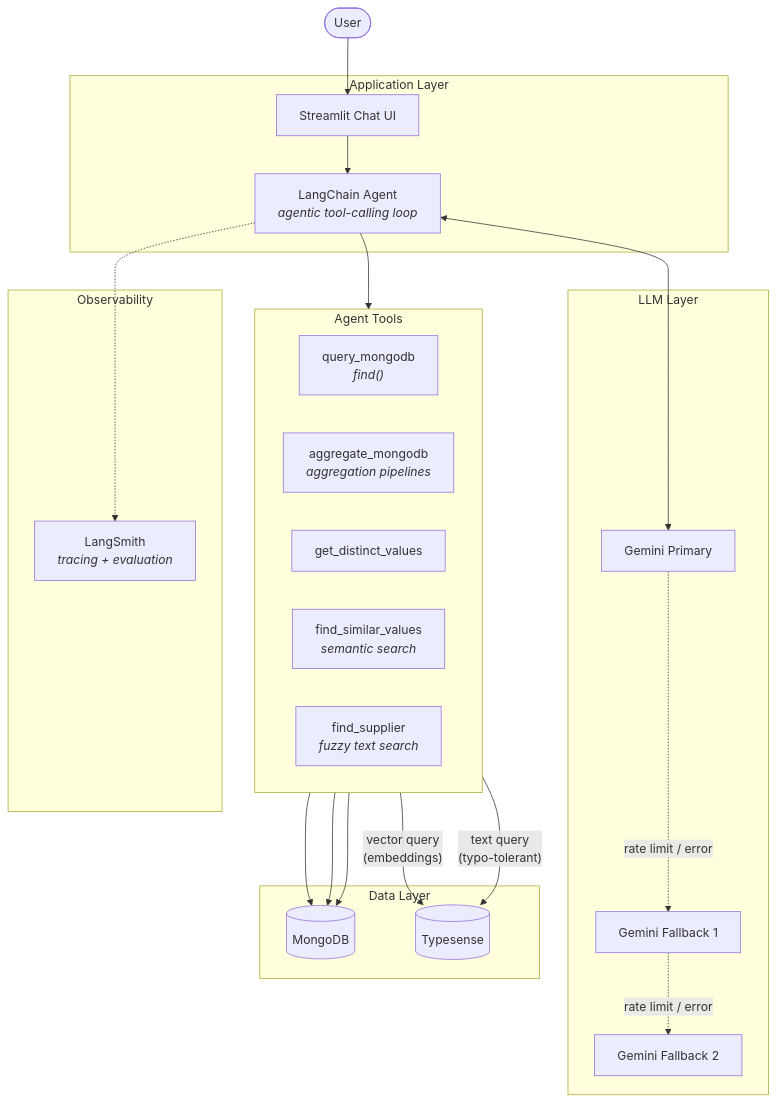
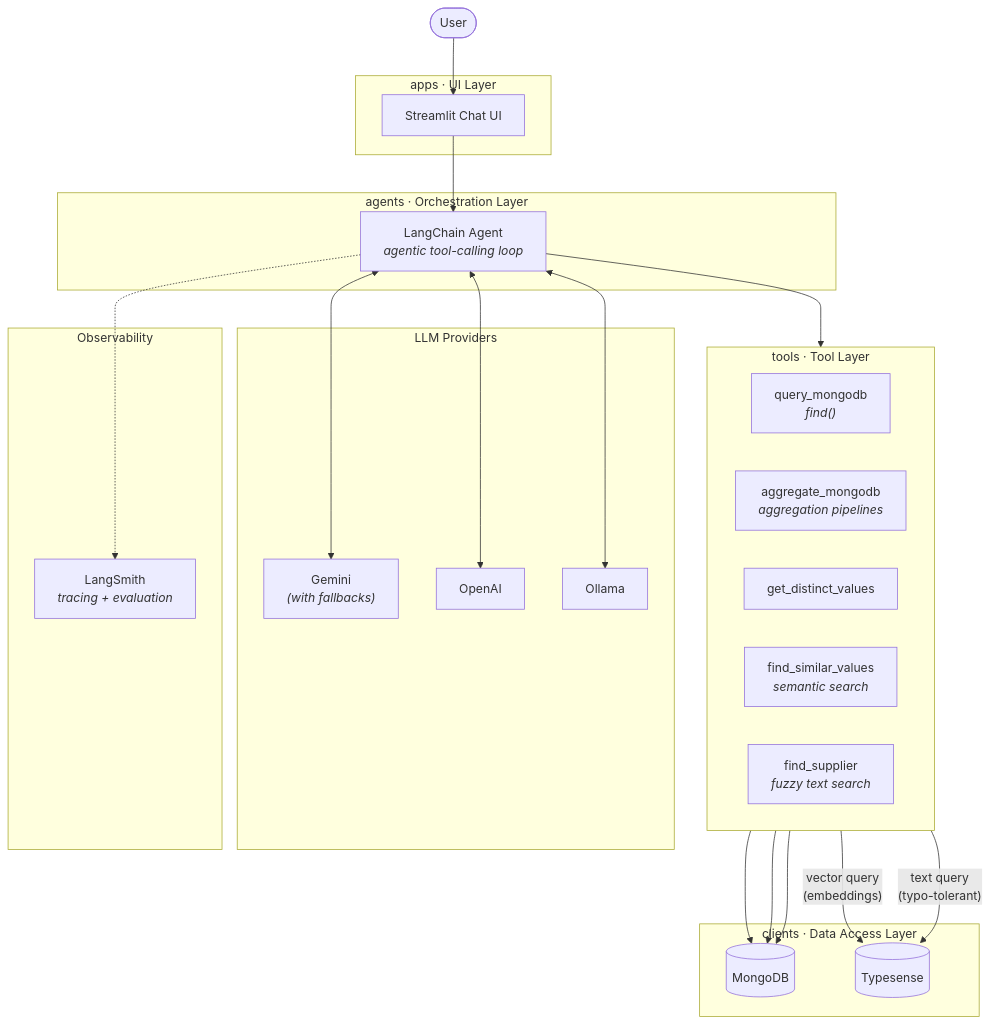
The diagram in README.md (aalbahem/ai-agents), drawn with Mermaid before and after one commit. The commit also changed other lines of this file, not shown here.

````diff
--- a/README.md
+++ b/README.md
@@ -90,46 +90,47 @@
 ```mermaid
 flowchart TB
     User([User]) --> Streamlit
 
-    subgraph App["Application Layer"]
+    subgraph Apps["apps · UI Layer"]
         Streamlit["Streamlit Chat UI"]
+    end
+
+    subgraph Agents["agents · Orchestration Layer"]
         Streamlit --> Agent
         Agent["LangChain Agent<br/><i>agentic tool-calling loop</i>"]
     end
 
-    subgraph LLM["LLM Layer"]
-        Primary["Gemini Primary"]
-        Fallback1["Gemini Fallback 1"]
-        Fallback2["Gemini Fallback 2"]
-        Primary -. "rate limit / error" .-> Fallback1
-        Fallback1 -. "rate limit / error" .-> Fallback2
+    subgraph LLM["LLM Providers"]
+        Gemini["Gemini<br/><i>(with fallbacks)</i>"]
+        OpenAI["OpenAI"]
+        Ollama["Ollama"]
     end
 
-    Agent <--> Primary
+    Agent <--> Gemini & OpenAI & Ollama
 
-    subgraph Tools["Agent Tools"]
+    subgraph Tools["tools · Tool Layer"]
         direction LR
         query_mongodb["query_mongodb<br/><i>find()</i>"]
         aggregate_mongodb["aggregate_mongodb<br/><i>aggregation pipelines</i>"]
         get_distinct["get_distinct_values"]
         find_similar["find_similar_values<br/><i>semantic search</i>"]
         find_supplier["find_supplier<br/><i>fuzzy text search</i>"]
     end
 
     Agent --> Tools
 
-    subgraph Data["Data Layer"]
+    subgraph Clients["clients · Data Access Layer"]
         MongoDB[(MongoDB)]
         Typesense[(Typesense)]
     end
 
     query_mongodb & aggregate_mongodb & get_distinct --> MongoDB
     find_similar -- "vector query<br/>(embeddings)" --> Typesense
     find_supplier -- "text query<br/>(typo-tolerant)" --> Typesense
 
     subgraph Observability
         LangSmith["LangSmith<br/><i>tracing + evaluation</i>"]
     end
 
     Agent -.-> LangSmith
 ```
````
